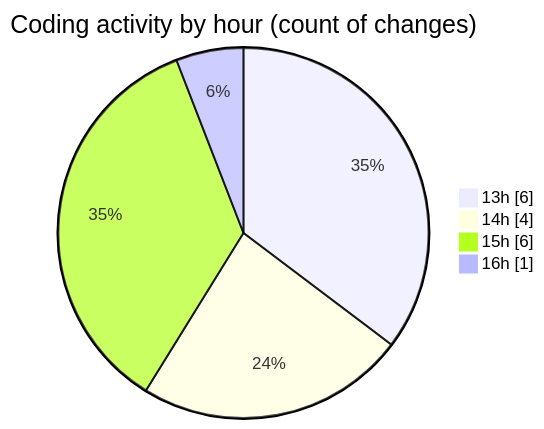
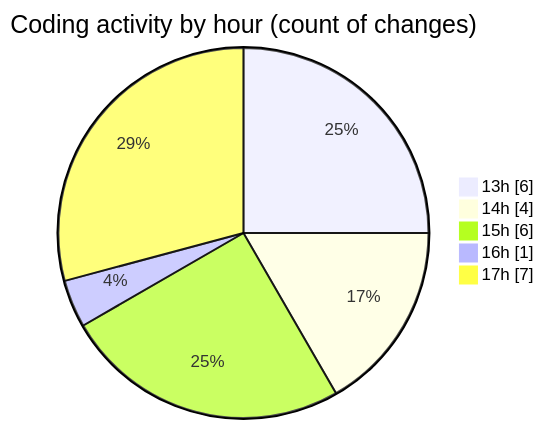
One commit to Elitesun/code-tracking changed the second of 2 diagrams in 2025-05-17/niten/README.md. Above: the diagram before and after it, drawn with Mermaid. The commit also changed other lines of this file and 1 other file, not shown here.

````diff
--- a/2025-05-17/niten/README.md
+++ b/2025-05-17/niten/README.md
@@ -31,8 +33,9 @@
 ```mermaid
 pie showData
 title Coding activity by hour (count of changes)
 "13h" : 6
 "14h" : 4
 "15h" : 6
 "16h" : 1
+"17h" : 7
 ```
````
